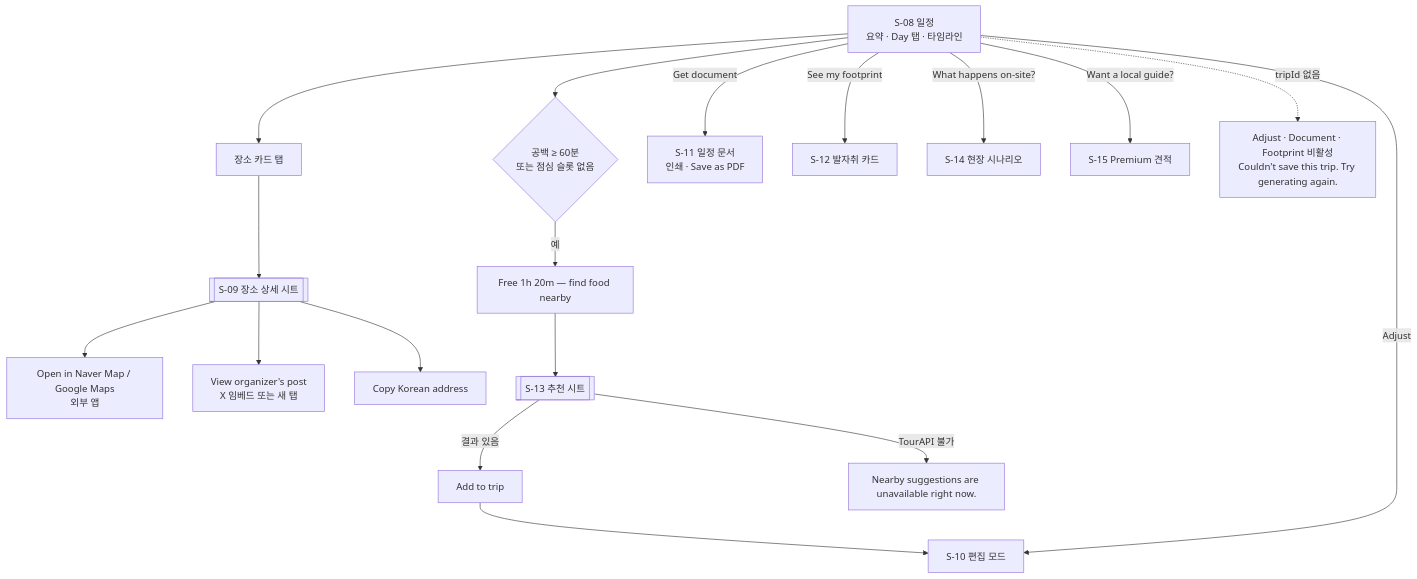
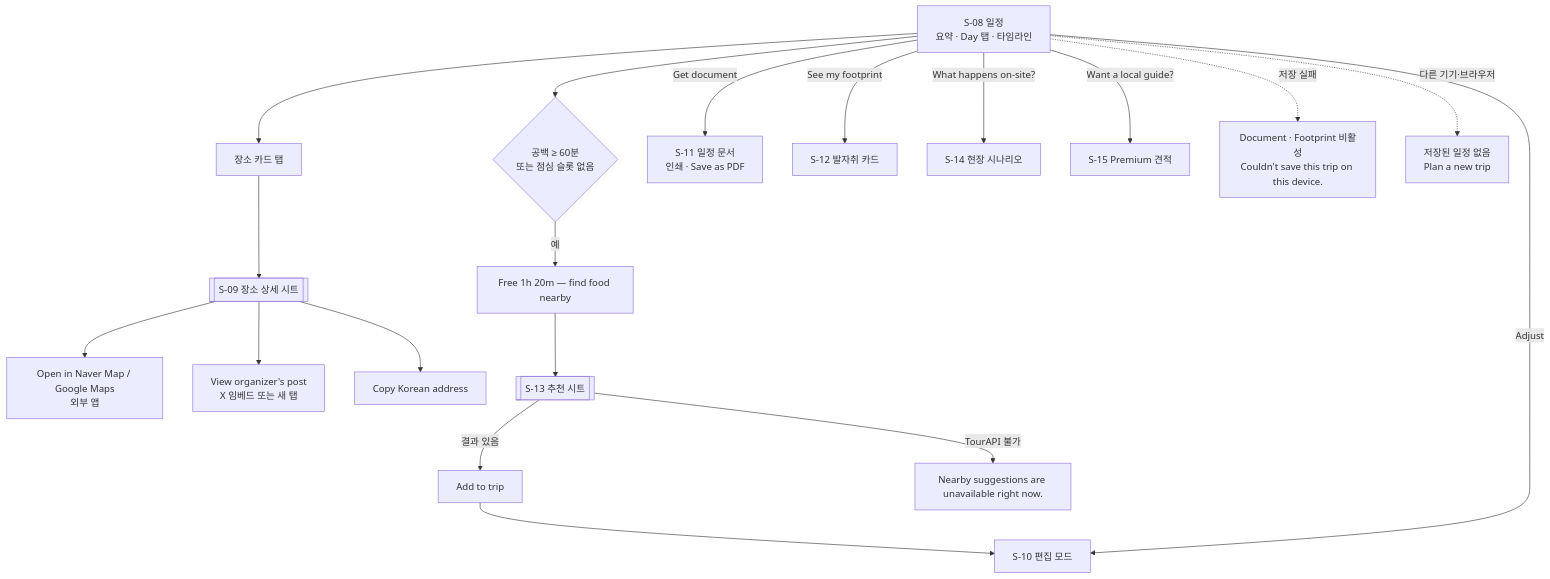
The sixth of 11 diagrams in docs/specs/user-flow.md (tlstkdgus/ULTSPOT), drawn with Mermaid before and after one commit. The commit also changed other lines of this file and 2 other files, not shown here.

First line of the commit message:
docs(specs): 매니패스트 기획과 어긋난 9건 결정 — 브라우저 저장, 샘플 이벤트, 이동 시간

````diff
--- a/docs/specs/user-flow.md
+++ b/docs/specs/user-flow.md
@@ -252,20 +252,21 @@
 ```mermaid
 flowchart TD
     T[S-08 일정<br/>요약 · Day 탭 · 타임라인] --> T1[장소 카드 탭] --> SD[[S-09 장소 상세 시트]]
     SD --> SD1[Open in Naver Map / Google Maps<br/>외부 앱]
     SD --> SD2[View organizer's post<br/>X 임베드 또는 새 탭]
     SD --> SD3[Copy Korean address]
 
     T --> F1{공백 ≥ 60분<br/>또는 점심 슬롯 없음}
     F1 -- 예 --> NB[Free 1h 20m — find food nearby] --> NS[[S-13 추천 시트]]
     NS -- 결과 있음 --> NA[Add to trip] --> ADJ
     NS -- TourAPI 불가 --> NE[Nearby suggestions are unavailable right now.]
 
     T -->|Adjust| ADJ[S-10 편집 모드]
     T -->|Get document| DOC[S-11 일정 문서<br/>인쇄 · Save as PDF]
     T -->|See my footprint| FP[S-12 발자취 카드]
     T -->|What happens on-site?| OS[S-14 현장 시나리오]
     T -->|Want a local guide?| PR[S-15 Premium 견적]
 
-    T -.->|tripId 없음| DIS[Adjust · Document · Footprint 비활성<br/>Couldn't save this trip. Try generating again.]
+    T -.->|저장 실패| DIS[Document · Footprint 비활성<br/>Couldn't save this trip on this device.]
+    T -.->|다른 기기·브라우저| NEW[저장된 일정 없음<br/>Plan a new trip]
 ```
````
